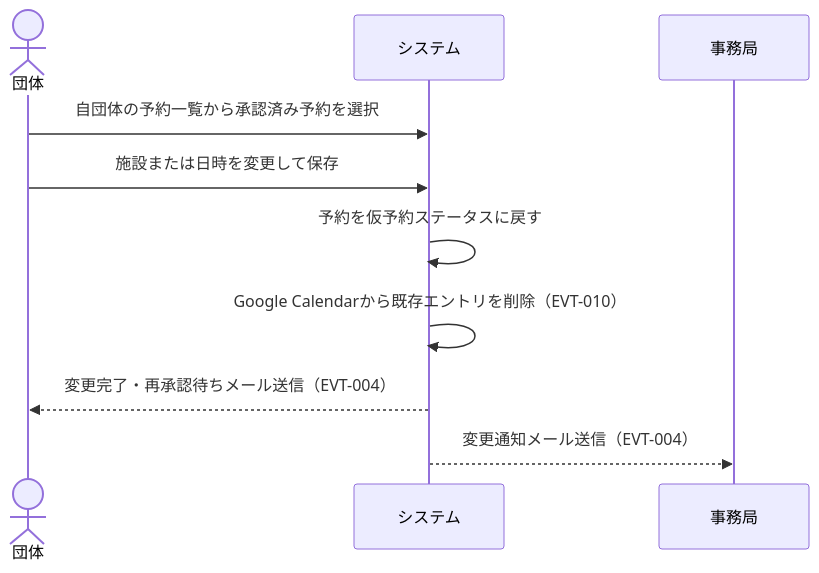
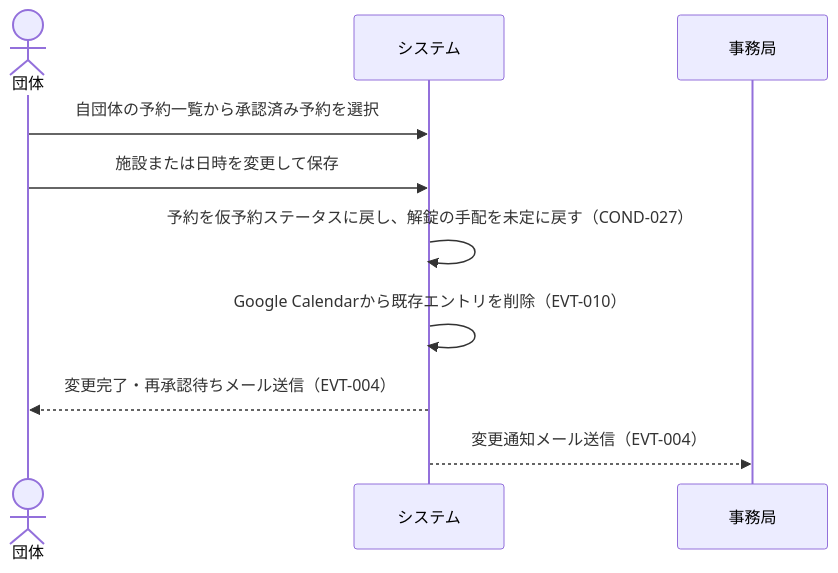
One commit to gdsc-osaka/iclub-reserve changed the seventh of 8 diagrams in rdra/contexts/reservation-application.md. Above: the diagram before and after it, drawn with Mermaid. The commit also changed other lines of this file and 10 other files, not shown here.

````diff
--- a/rdra/contexts/reservation-application.md
+++ b/rdra/contexts/reservation-application.md
@@ -312,13 +326,13 @@
 ```mermaid
 sequenceDiagram
     actor 団体
     participant システム
     participant 事務局
 
     団体->>システム: 自団体の予約一覧から承認済み予約を選択
     団体->>システム: 施設または日時を変更して保存
-    システム->>システム: 予約を仮予約ステータスに戻す
+    システム->>システム: 予約を仮予約ステータスに戻し、解錠の手配を未定に戻す（COND-027）
     システム->>システム: Google Calendarから既存エントリを削除（EVT-010）
     システム-->>団体: 変更完了・再承認待ちメール送信（EVT-004）
     システム-->>事務局: 変更通知メール送信（EVT-004）
 ```
````
